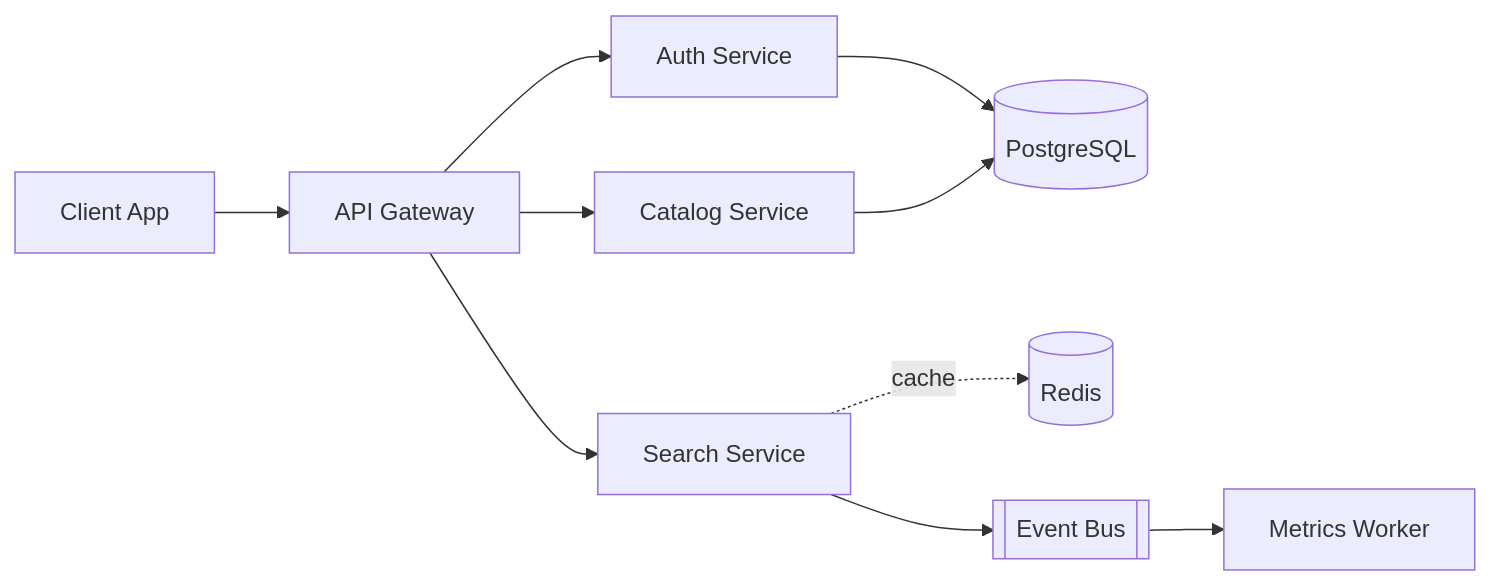
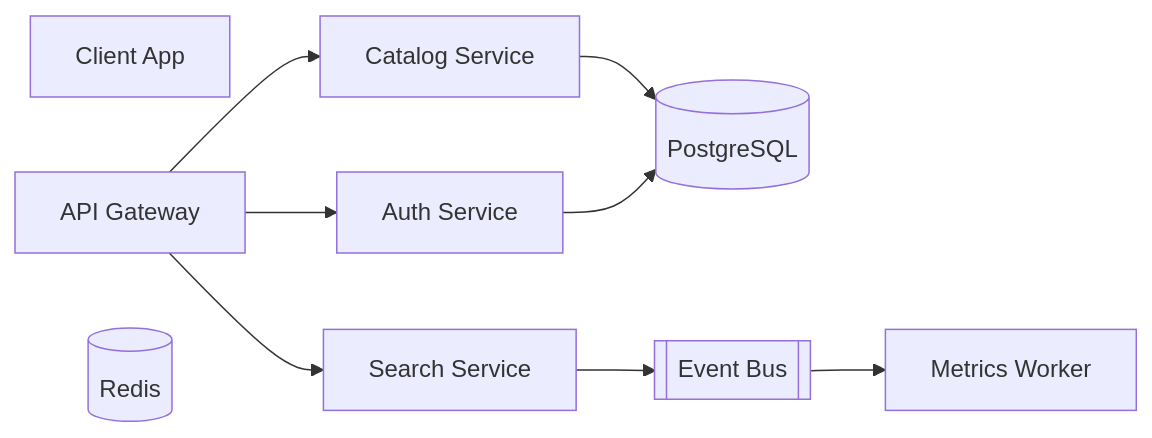
Before and after one commit to NikkiAsteinza/nima-editor-samples: the second of 2 diagrams in mermaid/graph.md, drawn with Mermaid. The commit also changed other lines of this file, not shown here.

Commit message:
docs: update Mermaid graph samples

````diff
--- a/mermaid/graph.md
+++ b/mermaid/graph.md
@@ -5,12 +25,20 @@
 ```mermaid
-graph LR
-    Client[Client App] --> Gateway[API Gateway]
-    Gateway --> Auth[Auth Service]
-    Gateway --> Catalog[Catalog Service]
-    Gateway --> Search[Search Service]
-    Search -. cache .-> Redis[(Redis)]
-    Catalog --> Db[(PostgreSQL)]
+flowchart LR
+    accTitle: hola
+    Client[Client App]
+    Gateway[API Gateway]
+    Auth[Auth Service]
+    Catalog[Catalog Service]
+    Search[Search Service]
+    Redis[(Redis)]
+    Db[(PostgreSQL)]
+    Events[[Event Bus]]
+    Metrics[Metrics Worker]
+    Gateway --> Auth
+    Gateway --> Catalog
+    Gateway --> Search
+    Catalog --> Db
     Auth --> Db
-    Search --> Events[[Event Bus]]
-    Events --> Metrics[Metrics Worker]
+    Search --> Events
+    Events --> Metrics
 ```
````
